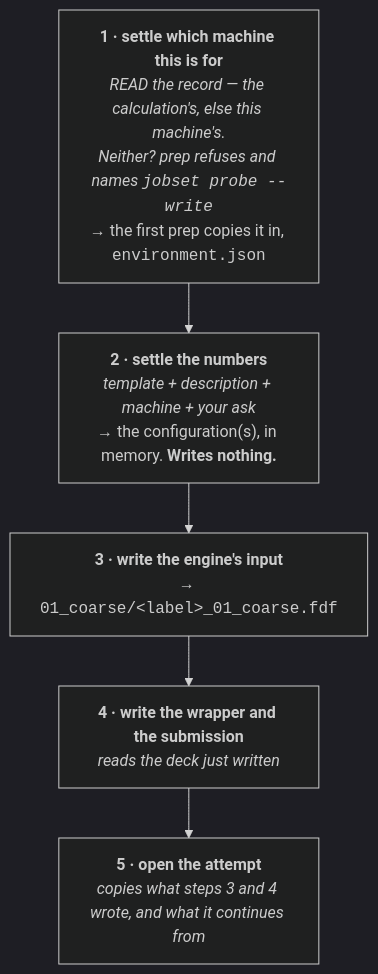
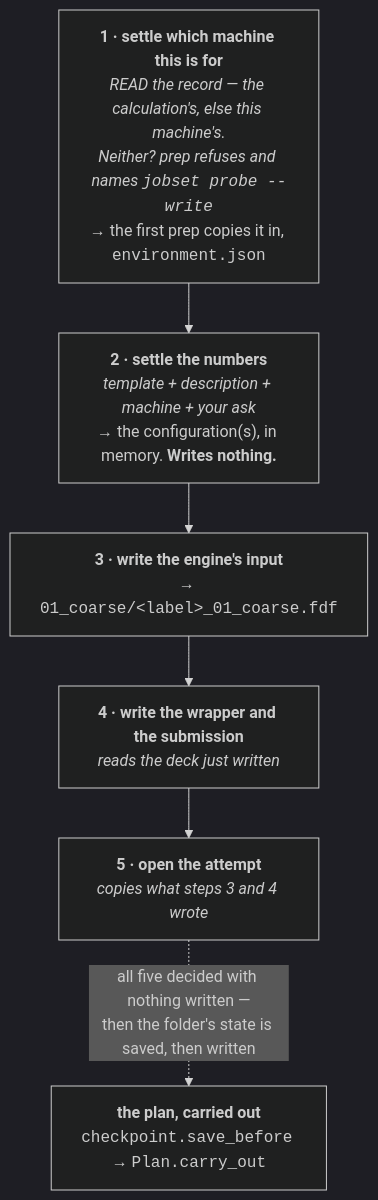
One commit to Qing-LAB/molbuilder changed the third of 4 diagrams in docs/workflow.md. Above: the diagram before and after it, drawn with Mermaid (dark theme). The commit also changed other lines of this file and 54 other files, not shown here.

````diff
--- a/docs/workflow.md
+++ b/docs/workflow.md
@@ -266,9 +276,10 @@
 ```mermaid
 flowchart TB
     S1["<b>1 · settle which machine this is for</b><br/><i>READ the record — the calculation's, else this machine's.<br/>Neither? prep refuses and names <code>jobset probe --write</code></i><br/>→ the first prep copies it in, <code>environment.json</code>"]
     S2["<b>2 · settle the numbers</b><br/><i>template + description + machine + your ask</i><br/>→ the configuration(s), in memory. <b>Writes nothing.</b>"]
     S3["<b>3 · write the engine's input</b><br/>→ <code>01_coarse/&lt;label&gt;_01_coarse.fdf</code>"]
     S4["<b>4 · write the wrapper and the submission</b><br/><i>reads the deck just written</i>"]
-    S5["<b>5 · open the attempt</b><br/><i>copies what steps 3 and 4 wrote, and what it continues from</i>"]
+    S5["<b>5 · open the attempt</b><br/><i>copies what steps 3 and 4 wrote</i>"]
     S1 --> S2 --> S3 --> S4 --> S5
+    S5 -.->|"all five decided with nothing written —<br/>then the folder's state is saved, then written"| W["<b>the plan, carried out</b><br/><code>checkpoint.save_before</code> → <code>Plan.carry_out</code>"]
 ```
````
